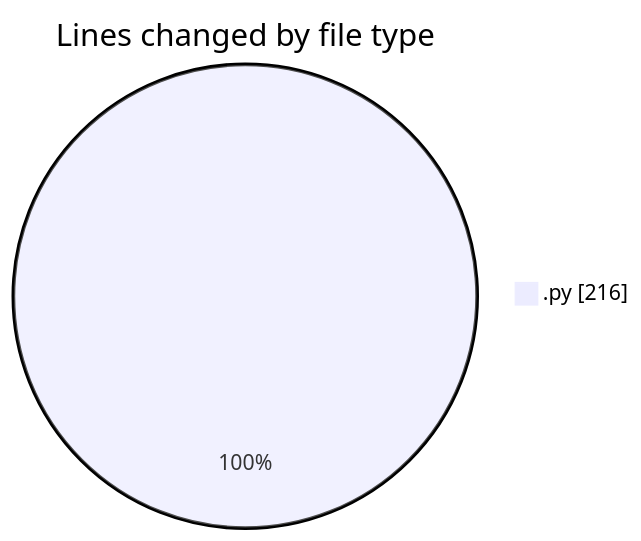
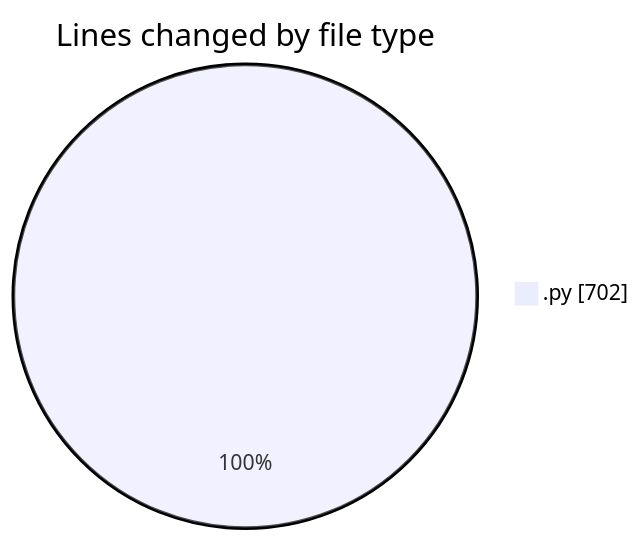
Before and after one commit to MatusMokan/code-tracking: the first of 2 diagrams in 2025-02-27/myws__workspace_/README.md, drawn with Mermaid. The commit also changed other lines of this file and 1 other file, not shown here.

````diff
--- a/2025-02-27/myws__workspace_/README.md
+++ b/2025-02-27/myws__workspace_/README.md
@@ -20,5 +21,5 @@
 ```mermaid
 pie showData
 title Lines changed by file type
-".py" : 216
+".py" : 702
 ```
````
